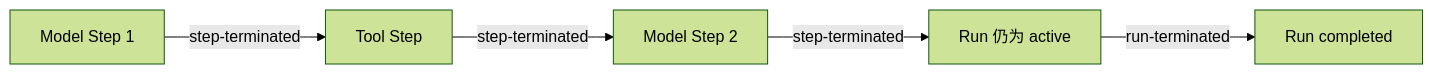
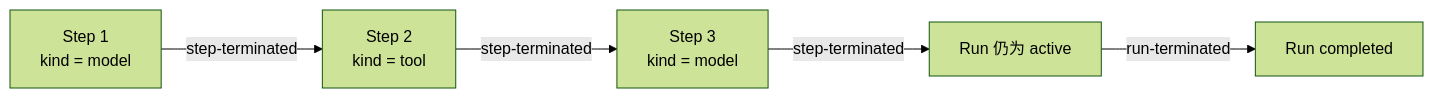
Before and after one commit to gene9831/tiny-robot: the second of 3 diagrams in docs-next/src/concepts/events-and-reducer.md, drawn with Mermaid (forest theme). The commit also changed other lines of this file and 24 other files, not shown here.

````diff
--- a/docs-next/src/concepts/events-and-reducer.md
+++ b/docs-next/src/concepts/events-and-reducer.md
@@ -81,7 +82,7 @@
 ```mermaid
 flowchart LR
-  M1["Model Step 1"] -->|step-terminated| T["Tool Step"]
-  T -->|step-terminated| M2["Model Step 2"]
+  M1["Step 1<br/>kind = model"] -->|step-terminated| T["Step 2<br/>kind = tool"]
+  T -->|step-terminated| M2["Step 3<br/>kind = model"]
   M2 -->|step-terminated| R["Run 仍为 active"]
   R -->|run-terminated| Done["Run completed"]
 ```
````
